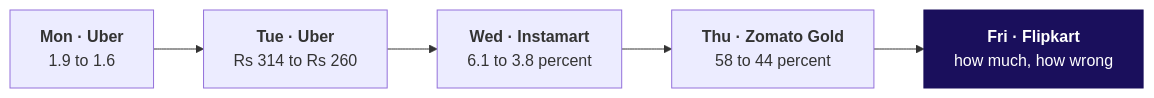
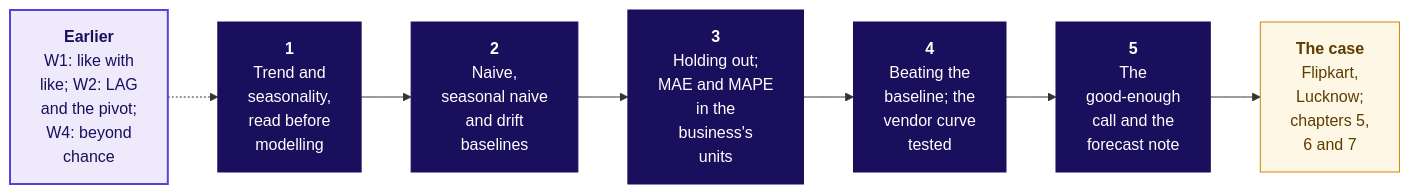
One commit to fde-academy-lab/c2-content-factory changed the diagram in content/W04/D5/study-notes/C2_W04_D05_notes_STUDENT.md. Above: the diagram before and after it, drawn with Mermaid. The commit also changed other lines of this file and 23 other files, not shown here.

````diff
--- a/content/W04/D5/study-notes/C2_W04_D05_notes_STUDENT.md
+++ b/content/W04/D5/study-notes/C2_W04_D05_notes_STUDENT.md
@@ -29,9 +24,15 @@
 ```mermaid
 flowchart LR
-    M["<b>Mon · Uber</b><br/>1.9 to 1.6"] --> T["<b>Tue · Uber</b><br/>Rs 314 to Rs 260"]
-    T --> W["<b>Wed · Instamart</b><br/>6.1 to 3.8 percent"]
-    W --> H["<b>Thu · Zomato Gold</b><br/>58 to 44 percent"]
-    H --> F["<b>Fri · Flipkart</b><br/>how much, how wrong"]
+    E["<b>Earlier</b><br/>W1: like with<br/>like; W2: LAG<br/>and the pivot;<br/>W4: beyond<br/>chance"] -.-> T1
+    T1["<b>1</b><br/>Trend and<br/>seasonality,<br/>read before<br/>modelling"] --> T2["<b>2</b><br/>Naive,<br/>seasonal naive<br/>and drift<br/>baselines"]
+    T2 --> T3["<b>3</b><br/>Holding out;<br/>MAE and MAPE<br/>in the<br/>business's<br/>units"]
+    T3 --> T4["<b>4</b><br/>Beating the<br/>baseline; the<br/>vendor curve<br/>tested"]
+    T4 --> T5["<b>5</b><br/>The<br/>good-enough<br/>call and the<br/>forecast note"]
+    T5 --> C["<b>The case</b><br/>Flipkart,<br/>Lucknow;<br/>chapters 5,<br/>6 and 7"]
     classDef lit fill:#1A0F5C,stroke:#1A0F5C,color:#FFFFFF
-    class F lit
+    classDef known fill:#EEEAFB,stroke:#5B3FD6,color:#1A0F5C,stroke-width:2px
+    classDef kalpa fill:#FFF7E6,stroke:#C98A00,color:#5C3D00
+    class T1,T2,T3,T4,T5 lit
+    class E known
+    class C kalpa
 ```
````
